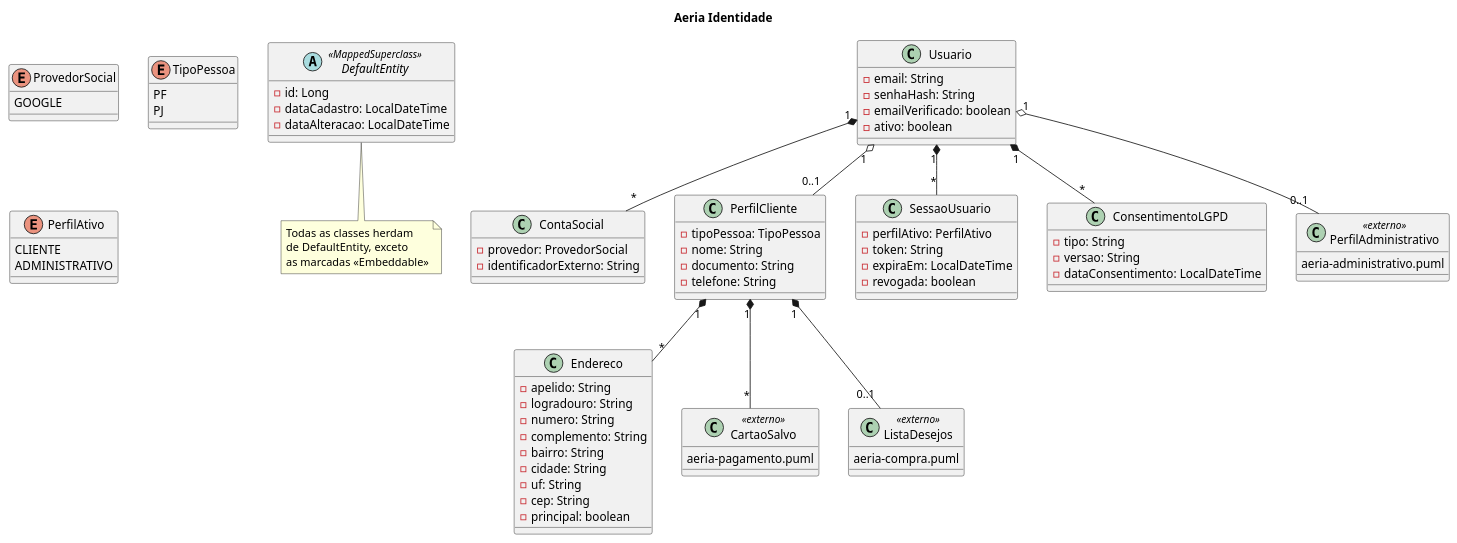
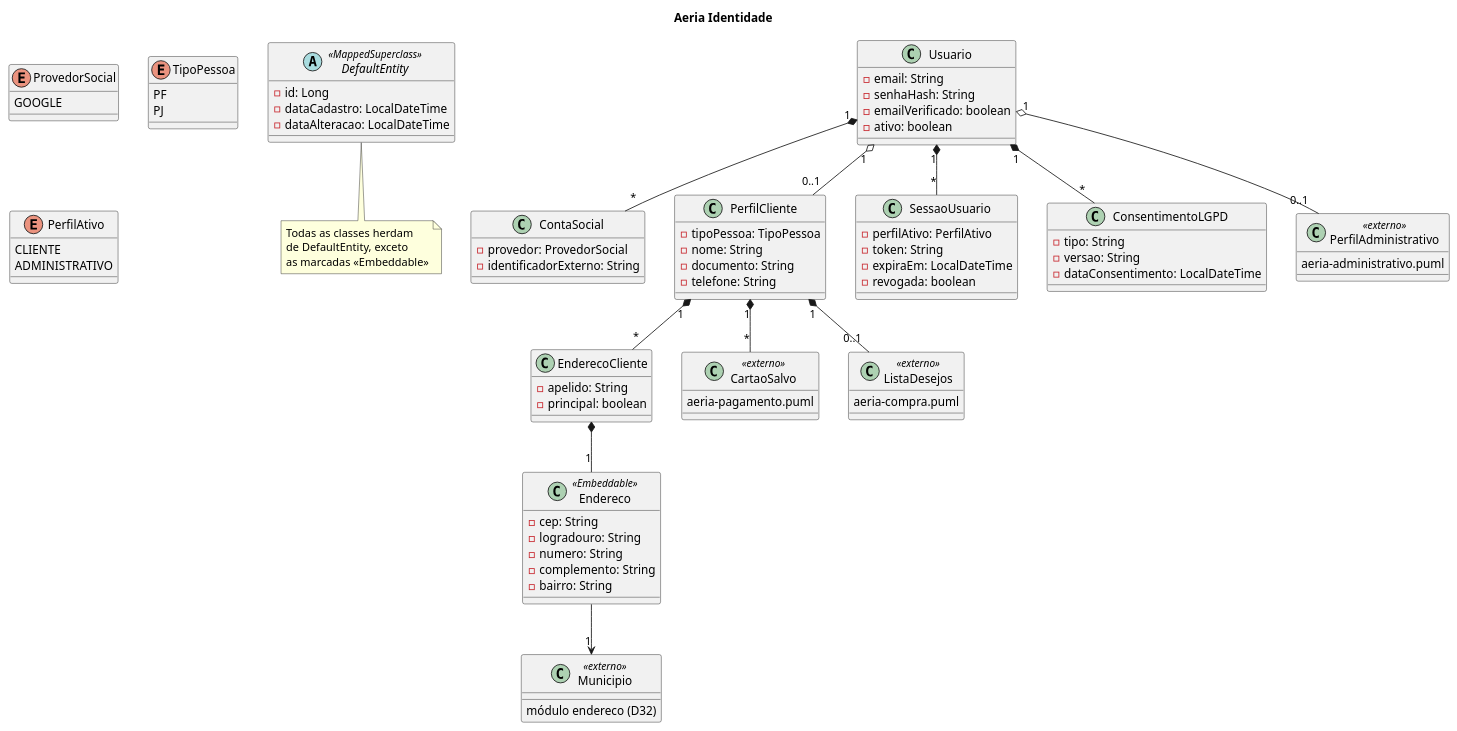
The diagram in docs/diagramas/aeria-identidade.puml (DaviRSuassuna/Droneshop), drawn with PlantUML before and after one commit. The commit also changed 44 other files, not shown here.

First line of the commit message:
feat(identidade): perfil do cliente e endereços da conta (#100)

```diff
--- a/docs/diagramas/aeria-identidade.puml
+++ b/docs/diagramas/aeria-identidade.puml
@@ -1,96 +1,103 @@
 @startuml aeria-identidade
 
 title Aeria Identidade
 
 abstract class DefaultEntity <<MappedSuperclass>> {
   -id: Long
   -dataCadastro: LocalDateTime
   -dataAlteracao: LocalDateTime
 }
 
 note bottom of DefaultEntity
   Todas as classes herdam
   de DefaultEntity, exceto
   as marcadas <<Embeddable>>
 end note
 
 class Usuario {
   -email: String
   -senhaHash: String
   -emailVerificado: boolean
   -ativo: boolean
 }
 
 enum ProvedorSocial {
   GOOGLE
 }
 
 class ContaSocial {
   -provedor: ProvedorSocial
   -identificadorExterno: String
 }
 
 enum TipoPessoa {
   PF
   PJ
 }
 
 class PerfilCliente {
   -tipoPessoa: TipoPessoa
   -nome: String
   -documento: String
   -telefone: String
 }
 
-class Endereco {
+class EnderecoCliente {
   -apelido: String
+  -principal: boolean
+}
+
+class Endereco <<Embeddable>> {
+  -cep: String
   -logradouro: String
   -numero: String
   -complemento: String
   -bairro: String
-  -cidade: String
-  -uf: String
-  -cep: String
-  -principal: boolean
+}
+
+class Municipio <<externo>> {
+  módulo endereco (D32)
 }
 
 enum PerfilAtivo {
   CLIENTE
   ADMINISTRATIVO
 }
 
 class SessaoUsuario {
   -perfilAtivo: PerfilAtivo
   -token: String
   -expiraEm: LocalDateTime
   -revogada: boolean
 }
 
 class ConsentimentoLGPD {
   -tipo: String
   -versao: String
   -dataConsentimento: LocalDateTime
 }
 
 class PerfilAdministrativo <<externo>> {
   aeria-administrativo.puml
 }
 
 class CartaoSalvo <<externo>> {
   aeria-pagamento.puml
 }
 
 class ListaDesejos <<externo>> {
   aeria-compra.puml
 }
 
 Usuario "1" *-- "*" ContaSocial
 Usuario "1" o-- "0..1" PerfilCliente
 Usuario "1" o-- "0..1" PerfilAdministrativo
 Usuario "1" *-- "*" SessaoUsuario
 Usuario "1" *-- "*" ConsentimentoLGPD
-PerfilCliente "1" *-- "*" Endereco
+PerfilCliente "1" *-- "*" EnderecoCliente
+EnderecoCliente *-- "1" Endereco
+Endereco --> "1" Municipio
 PerfilCliente "1" *-- "0..1" ListaDesejos
 PerfilCliente "1" *-- "*" CartaoSalvo
 
 @enduml
```
